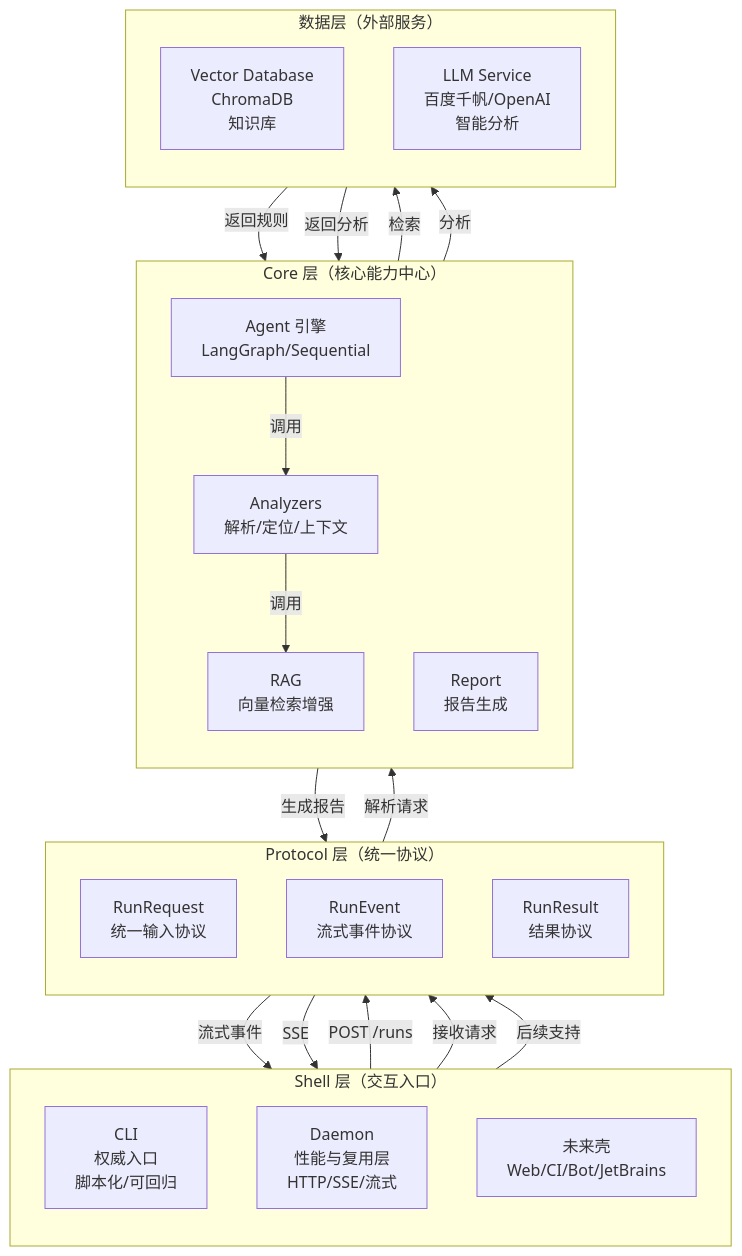
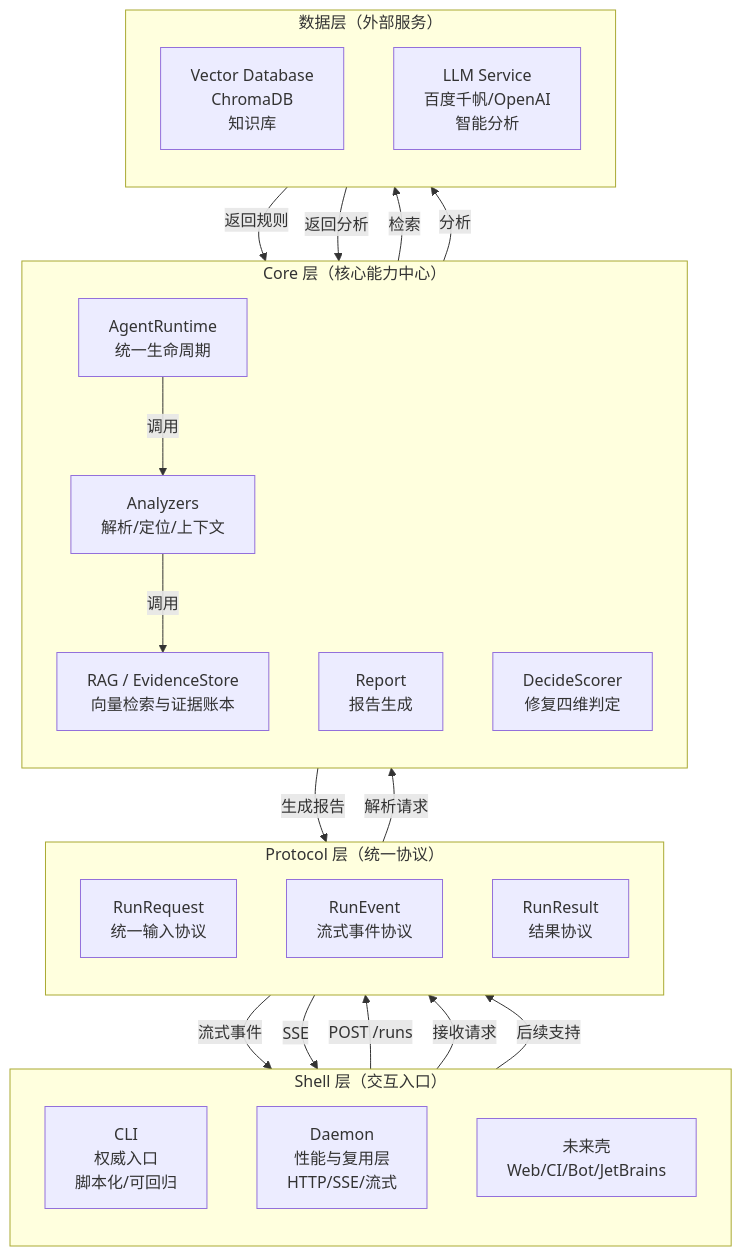
The diagram in docs/architecture/ARCHITECTURE_DIAGRAM.md (baidu-maps/stability-analysis-agent), drawn with Mermaid before and after one commit. The commit also changed other lines of this file and 263 other files, not shown here.

Commit message:
中文： 引入 Harness 对齐的 Agent 运行时与验证闭环 完善多轮上下文、工具治理、检查点恢复、权限审批和修复验证流程，并同步更新中英文文档与 1.3.6 发布信息。 English: align Agent runtime with Harness practices Add bounded context loops, governed tool execution, checkpoint recovery, approval and verification flows, and update bilingual docs for the 1.3.6 release.

````diff
--- a/docs/architecture/ARCHITECTURE_DIAGRAM.md
+++ b/docs/architecture/ARCHITECTURE_DIAGRAM.md
@@ -7,47 +7,48 @@
 ```mermaid
 graph TB
     subgraph "Shell 层（交互入口）"
         direction TB
         S1[CLI<br/>权威入口<br/>脚本化/可回归]
         S2[Daemon<br/>性能与复用层<br/>HTTP/SSE/流式]
         S3[未来壳<br/>Web/CI/Bot/JetBrains]
     end
 
     subgraph "Protocol 层（统一协议）"
         direction TB
         P1[RunRequest<br/>统一输入协议]
         P2[RunEvent<br/>流式事件协议]
         P3[RunResult<br/>结果协议]
     end
 
     subgraph "Core 层（核心能力中心）"
         direction TB
-        C1[Agent 引擎<br/>LangGraph/Sequential]
+        C1[AgentRuntime<br/>统一生命周期]
         C2[Analyzers<br/>解析/定位/上下文]
-        C3[RAG<br/>向量检索增强]
+        C3[RAG / EvidenceStore<br/>向量检索与证据账本]
         C4[Report<br/>报告生成]
+        C5[DecideScorer<br/>修复四维判定]
     end
 
     subgraph "数据层（外部服务）"
         direction TB
         D1[Vector Database<br/>ChromaDB<br/>知识库]
         D2[LLM Service<br/>百度千帆/OpenAI<br/>智能分析]
     end
 
     S1 -->|POST /runs| P1
     S2 -->|接收请求| P1
     S3 -->|后续支持| P1
 
     P1 -->|解析请求| C2
     P2 -->|流式事件| S1
     P2 -->|SSE| S2
 
     C1 -->|调用| C2
     C2 -->|调用| C3
     C3 -->|检索| D1
     C1 -->|分析| D2
     C4 -->|生成报告| P3
 
     D1 -->|返回规则| C3
     D2 -->|返回分析| C1
 ```
````
